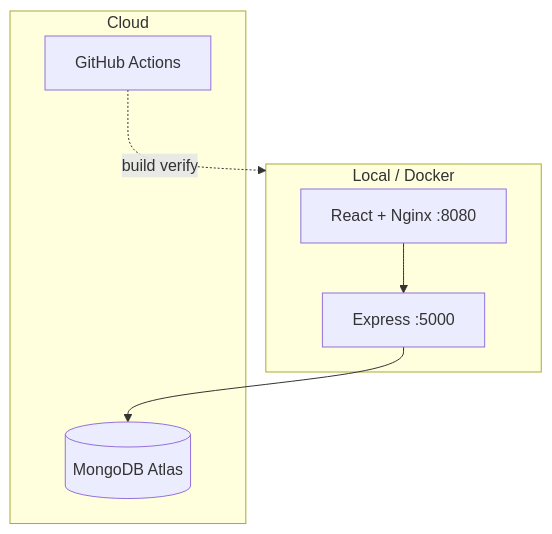
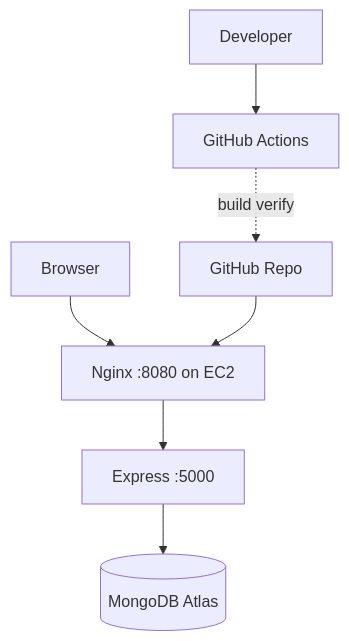
The diagram in README.md (ismail-at-git/devops-internship-project), drawn with Mermaid before and after one commit. The commit also changed other lines of this file and 2 other files, not shown here.

````diff
--- a/README.md
+++ b/README.md
@@ -133,13 +137,9 @@
 ```mermaid
 flowchart TB
-  subgraph dev [Local / Docker]
-    UI[React + Nginx :8080]
-    API[Express :5000]
-  end
-  subgraph cloud [Cloud]
-    Atlas[(MongoDB Atlas)]
-    GHA[GitHub Actions]
-  end
-  UI --> API --> Atlas
-  GHA -.->|build verify| dev
+  User[Browser] --> EC2[Nginx :8080 on EC2]
+  EC2 --> API[Express :5000]
+  API --> Atlas[(MongoDB Atlas)]
+  Dev[Developer] --> GHA[GitHub Actions]
+  GHA -.->|build verify| Repo[GitHub Repo]
+  Repo --> EC2
 ```
````
